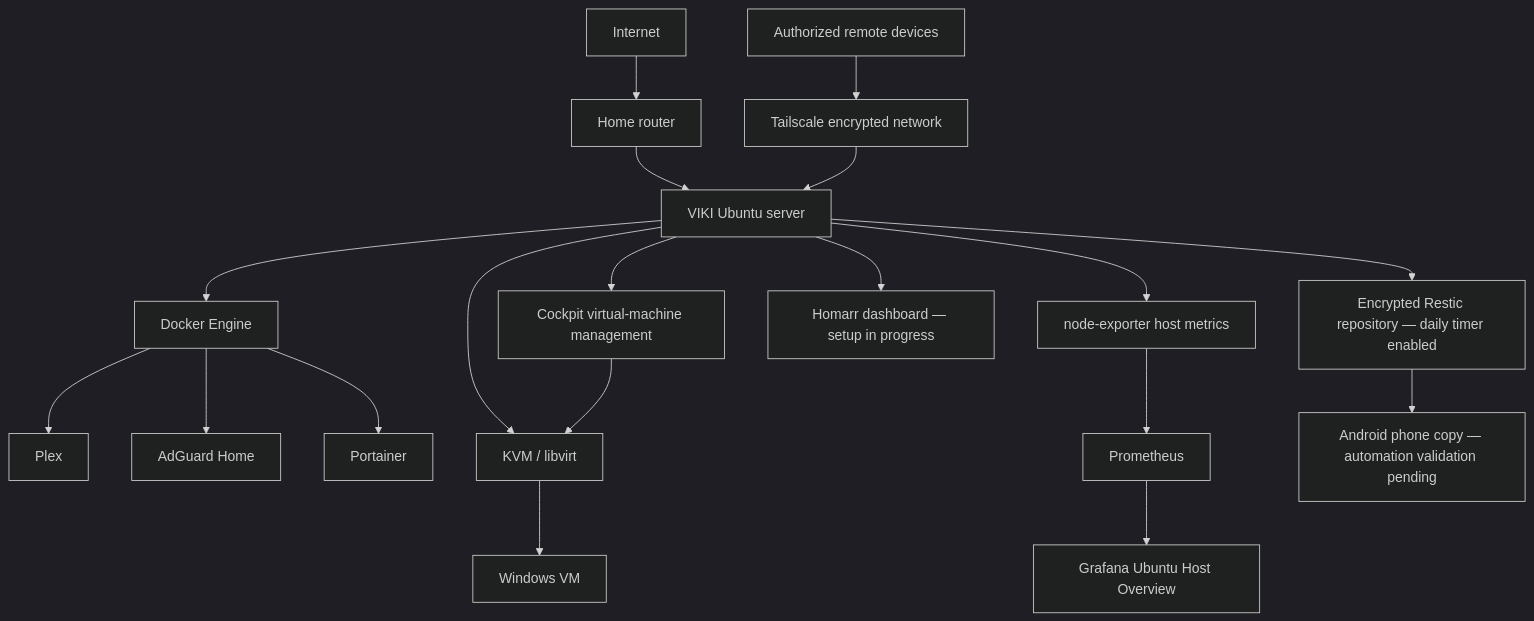
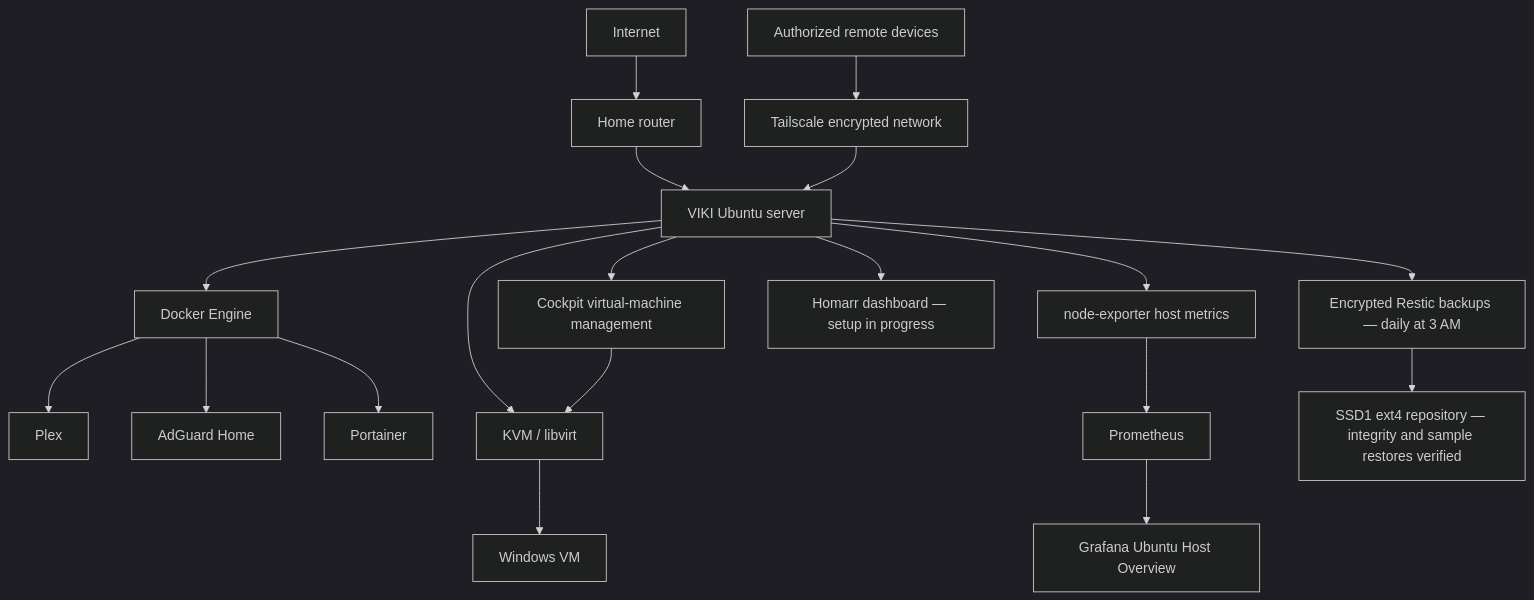
Before and after one commit to dhussle999/cybersecurity-homelab: the diagram in README.md, drawn with Mermaid (dark theme). The commit also changed other lines of this file, not shown here.

Commit message:
Document verified daily SSD1 backups and recovery limits

````diff
--- a/README.md
+++ b/README.md
@@ -17,21 +17,21 @@
 ```mermaid
 flowchart TD
     Internet --> Router["Home router"]
     Router --> Host["VIKI Ubuntu server"]
     Remote["Authorized remote devices"] --> TS["Tailscale encrypted network"]
     TS --> Host
     Host --> Docker["Docker Engine"]
     Docker --> Plex["Plex"]
     Docker --> AdGuard["AdGuard Home"]
     Docker --> Portainer["Portainer"]
     Host --> KVM["KVM / libvirt"]
     KVM --> Windows["Windows VM"]
     Host --> Cockpit["Cockpit virtual-machine management"]
     Cockpit --> KVM
     Host --> NE["node-exporter host metrics"]
     NE --> Prom["Prometheus"]
     Prom --> Grafana["Grafana Ubuntu Host Overview"]
     Host --> Homarr["Homarr dashboard — setup in progress"]
-    Host --> Backup["Encrypted Restic repository — daily timer enabled"]
-    Backup --> Phone["Android phone copy — automation validation pending"]
+    Host --> Backup["Encrypted Restic backups — daily at 3 AM"]
+    Backup --> SSD1["SSD1 ext4 repository — integrity and sample restores verified"]
 ```
````
